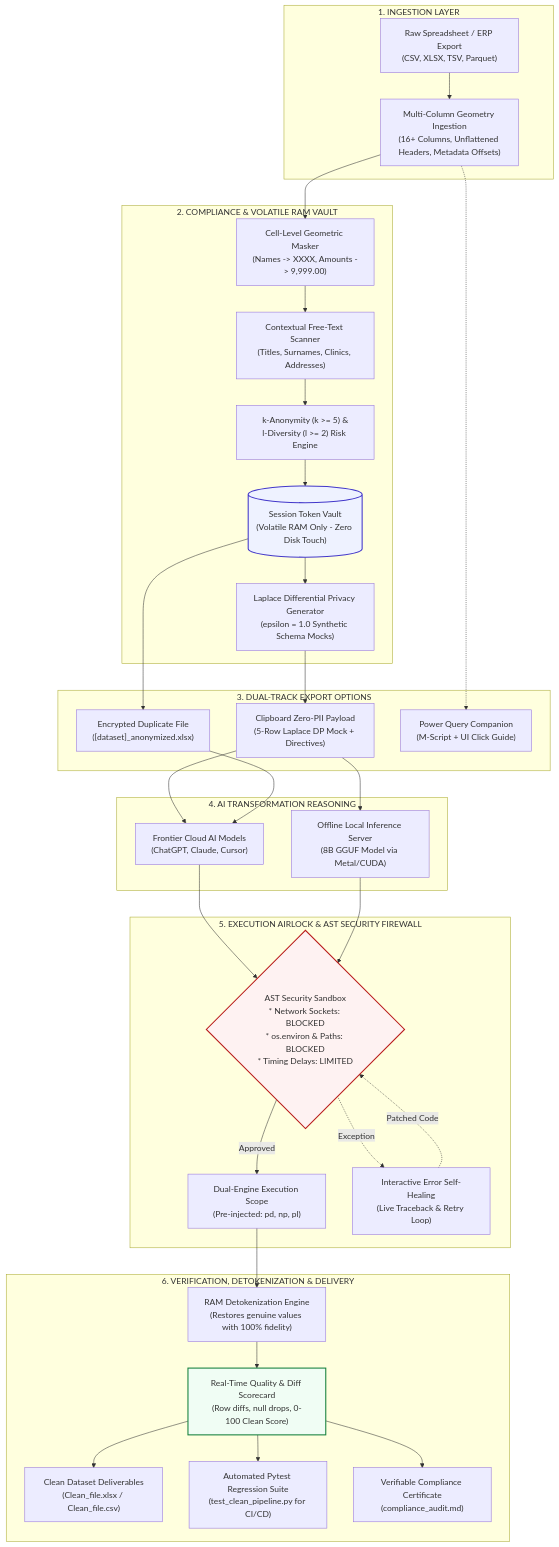
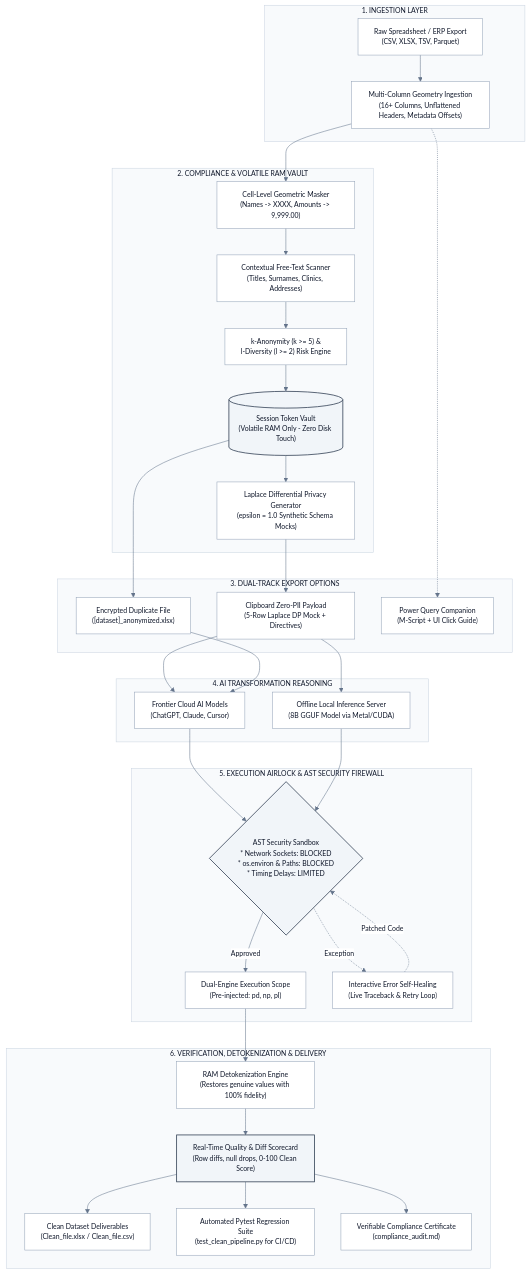
Before and after one commit to abdullah-binmadhi/Deepanalyzer-8b: the first of 2 diagrams in README.md, drawn with Mermaid. The commit also changed other lines of this file and 7 other files, not shown here.

````diff
--- a/README.md
+++ b/README.md
@@ -101,4 +101,23 @@
 ```mermaid
+%%{init: {
+  'theme': 'base',
+  'themeVariables': {
+    'primaryColor': '#f8fafc',
+    'primaryTextColor': '#0f172a',
+    'primaryBorderColor': '#94a3b8',
+    'lineColor': '#64748b',
+    'secondaryColor': '#f1f5f9',
+    'tertiaryColor': '#e2e8f0',
+    'mainBkg': '#ffffff',
+    'nodeBorder': '#94a3b8',
+    'clusterBkg': '#f8fafc',
+    'clusterBorder': '#cbd5e1',
+    'titleColor': '#0f172a',
+    'edgeLabelBackground': '#ffffff',
+    'fontFamily': 'ui-sans-serif, system-ui, -apple-system, BlinkMacSystemFont, Segoe UI, Roboto, sans-serif',
+    'fontSize': '13px'
+  }
+}}%%
 flowchart TD
     subgraph INGESTION["1. INGESTION LAYER"]
         RAW["Raw Spreadsheet / ERP Export<br/>(CSV, XLSX, TSV, Parquet)"]
@@ -165,7 +184,7 @@
         SCORE --> AUDIT
     end
 
-    style VAULT fill:#eef2ff,stroke:#4338ca,stroke-width:2px
-    style FIREWALL fill:#fef2f2,stroke:#b91c1c,stroke-width:2px
-    style SCORE fill:#f0fdf4,stroke:#15803d,stroke-width:2px
+    classDef default fill:#ffffff,stroke:#94a3b8,stroke-width:1px,color:#0f172a;
+    classDef highlight fill:#f1f5f9,stroke:#334155,stroke-width:1.5px,color:#0f172a;
+    class VAULT,FIREWALL,SCORE highlight;
 ```
````
